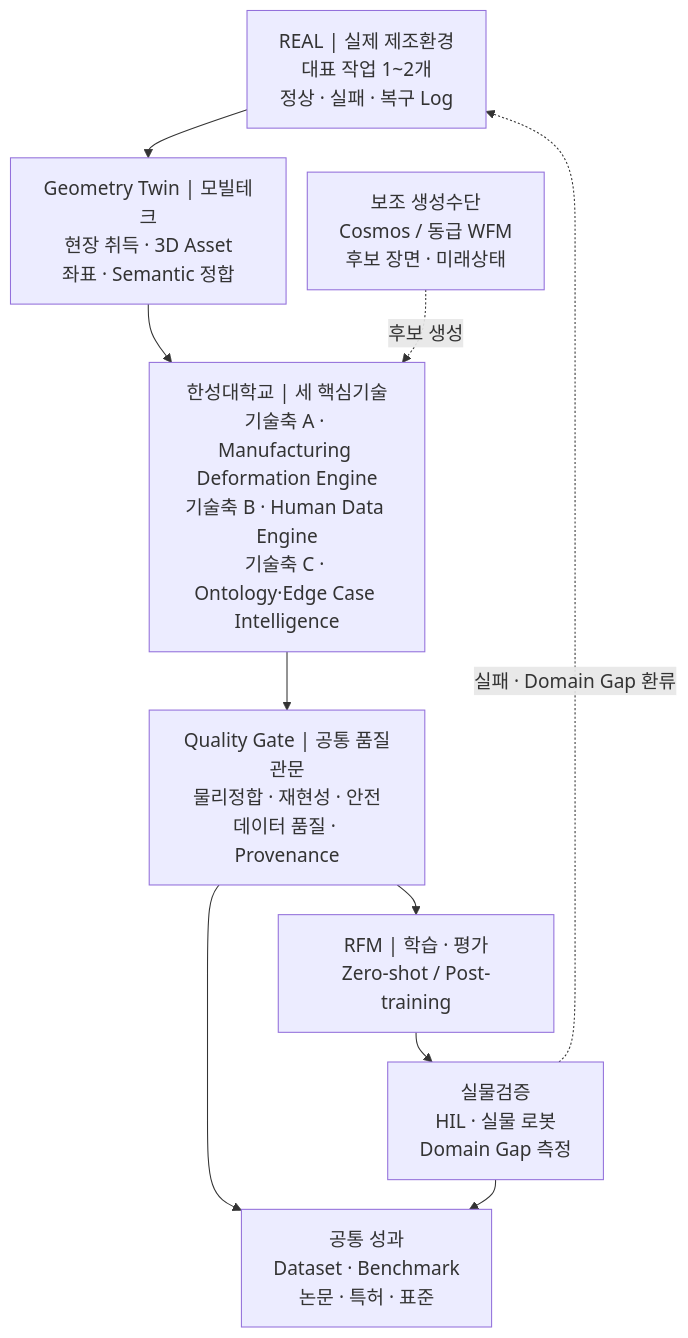
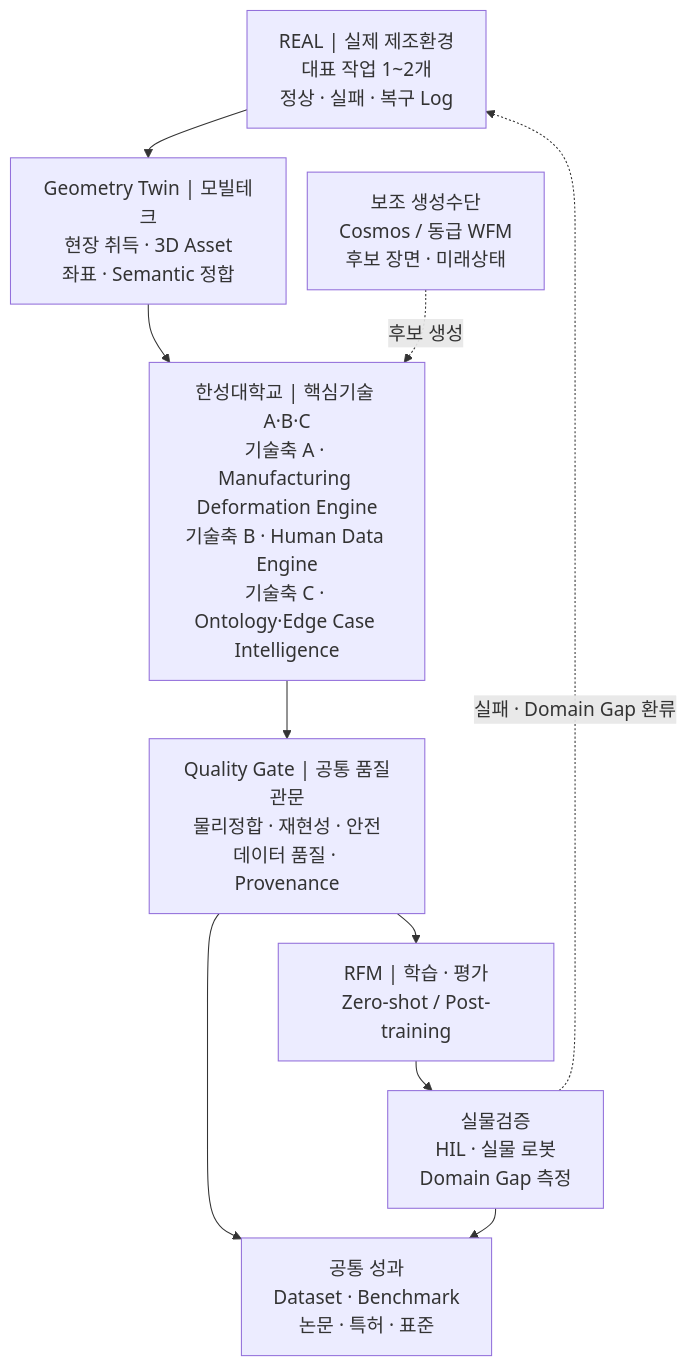
One commit to parclab-hsu/parclab-hsu.github.io changed the first of 2 diagrams in homepage-src/docs/projects/manufacturing-data-factory-rfm/index.md. Above: the diagram before and after it, drawn with Mermaid. The commit also changed other lines of this file and 4 other files, not shown here.

````diff
--- a/homepage-src/docs/projects/manufacturing-data-factory-rfm/index.md
+++ b/homepage-src/docs/projects/manufacturing-data-factory-rfm/index.md
@@ -200,18 +208,18 @@
 ```mermaid
 %%{init: {"themeVariables": {"fontSize": "18px"}, "flowchart": {"nodeSpacing": 20, "rankSpacing": 28}}}%%
 flowchart TB
     REAL["REAL | 실제 제조환경<br/>대표 작업 1~2개<br/>정상 · 실패 · 복구 Log"]
     GEO["Geometry Twin | 모빌테크<br/>현장 취득 · 3D Asset<br/>좌표 · Semantic 정합"]
     WFM["보조 생성수단<br/>Cosmos / 동급 WFM<br/>후보 장면 · 미래상태"]
-    CORE["한성대학교 | 세 핵심기술<br/>기술축 A · Manufacturing Deformation Engine<br/>기술축 B · Human Data Engine<br/>기술축 C · Ontology·Edge Case Intelligence"]
+    CORE["한성대학교 | 핵심기술 A·B·C<br/>기술축 A · Manufacturing Deformation Engine<br/>기술축 B · Human Data Engine<br/>기술축 C · Ontology·Edge Case Intelligence"]
     GATE["Quality Gate | 공통 품질관문<br/>물리정합 · 재현성 · 안전<br/>데이터 품질 · Provenance"]
     RFM["RFM | 학습 · 평가<br/>Zero-shot / Post-training"]
     TEST["실물검증<br/>HIL · 실물 로봇<br/>Domain Gap 측정"]
     OUT["공통 성과<br/>Dataset · Benchmark<br/>논문 · 특허 · 표준"]
 
     REAL --> GEO --> CORE --> GATE --> RFM --> TEST
     WFM -. "후보 생성" .-> CORE
     GATE --> OUT
     TEST --> OUT
     TEST -. "실패 · Domain Gap 환류" .-> REAL
 ```
````
